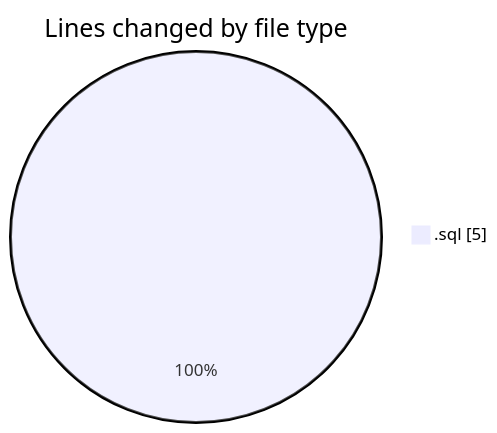
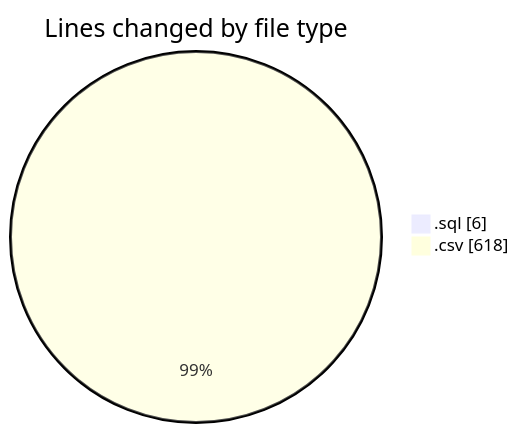
One commit to ricardozamudiocil/code-tracking changed the first of 2 diagrams in 2026-05-29/cilapp/README.md. Above: the diagram before and after it, drawn with Mermaid. The commit also changed other lines of this file and 1 other file, not shown here.

````diff
--- a/2026-05-29/cilapp/README.md
+++ b/2026-05-29/cilapp/README.md
@@ -20,5 +21,6 @@
 ```mermaid
 pie showData
 title Lines changed by file type
-".sql" : 5
+".sql" : 6
+".csv" : 618
 ```
````
